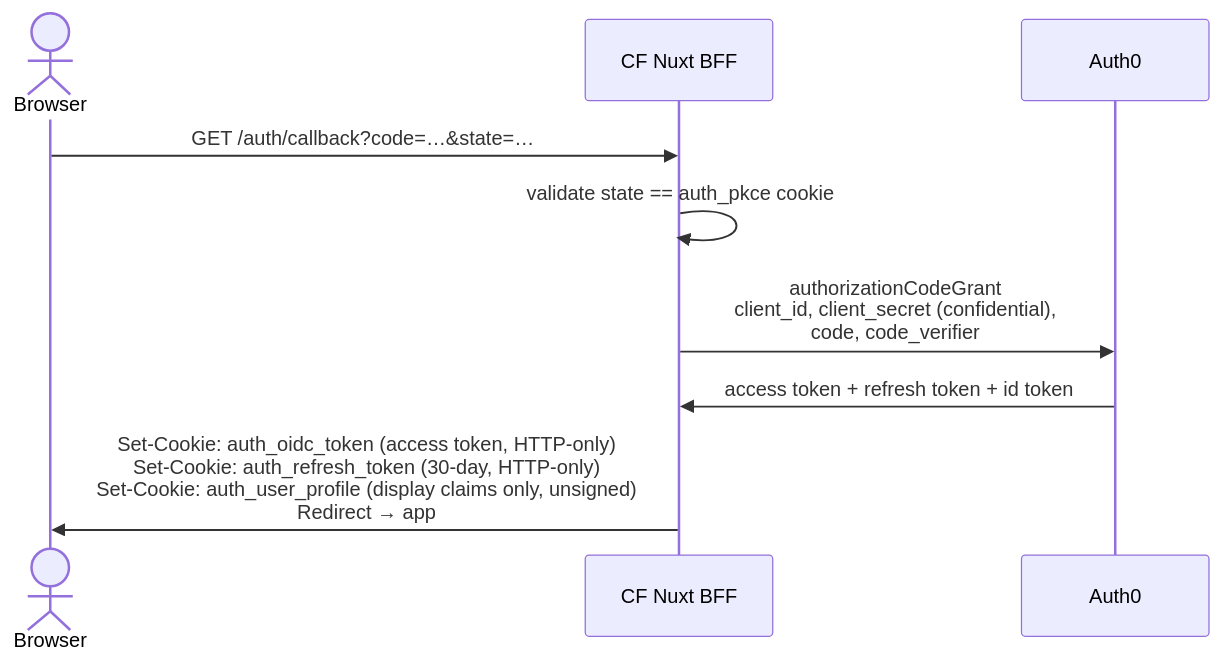
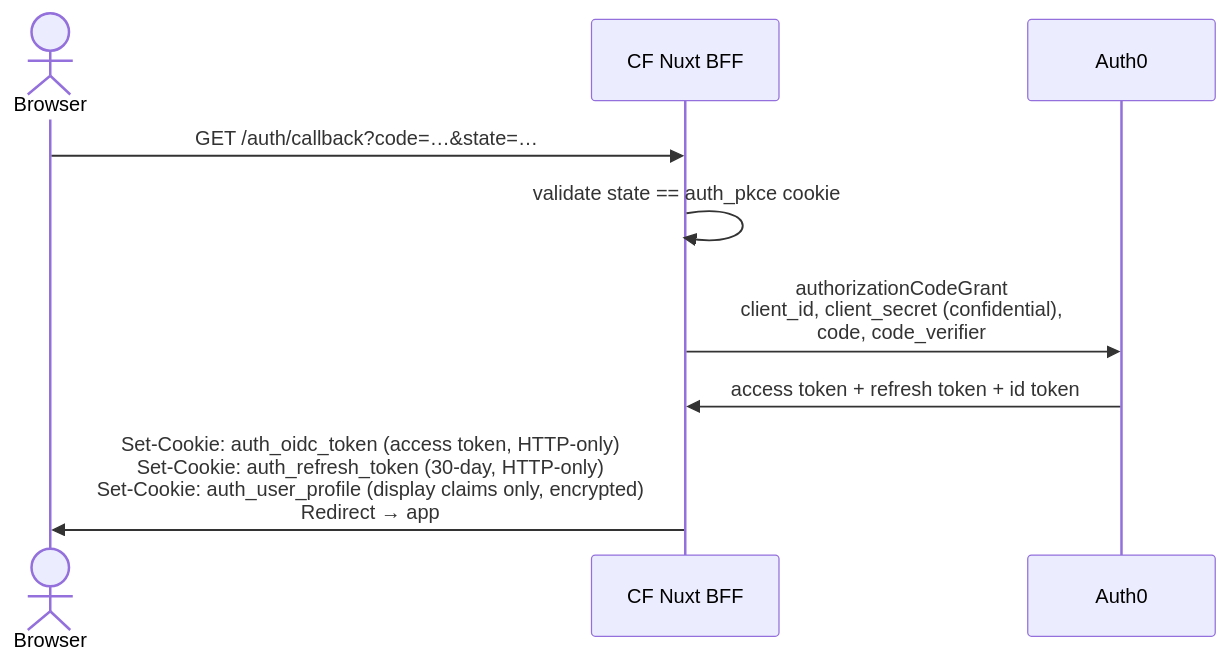
One commit to linuxfoundation/lfx-crowdfunding changed the third of 8 diagrams in docs/authentication-architecture.md. Above: the diagram before and after it, drawn with Mermaid. The commit also changed other lines of this file and 3 other files, not shown here.

````diff
--- a/docs/authentication-architecture.md
+++ b/docs/authentication-architecture.md
@@ -143,12 +143,12 @@
 ```mermaid
 sequenceDiagram
     actor User as Browser
     participant BFF as CF Nuxt BFF
     participant Auth0
 
     User->>BFF: GET /auth/callback?code=…&state=…
     BFF->>BFF: validate state == auth_pkce cookie
     BFF->>Auth0: authorizationCodeGrant<br/>client_id, client_secret (confidential),<br/>code, code_verifier
     Auth0->>BFF: access token + refresh token + id token
-    BFF->>User: Set-Cookie: auth_oidc_token (access token, HTTP-only)<br/>Set-Cookie: auth_refresh_token (30-day, HTTP-only)<br/>Set-Cookie: auth_user_profile (display claims only, unsigned)<br/>Redirect → app
+    BFF->>User: Set-Cookie: auth_oidc_token (access token, HTTP-only)<br/>Set-Cookie: auth_refresh_token (30-day, HTTP-only)<br/>Set-Cookie: auth_user_profile (display claims only, encrypted)<br/>Redirect → app
 ```
````
